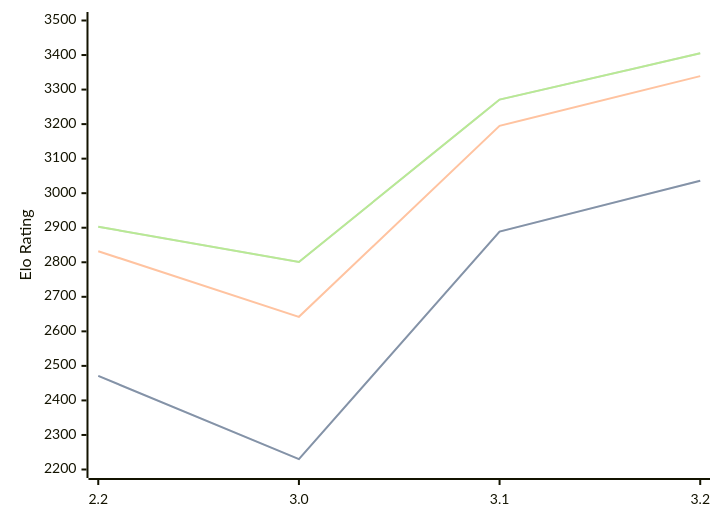
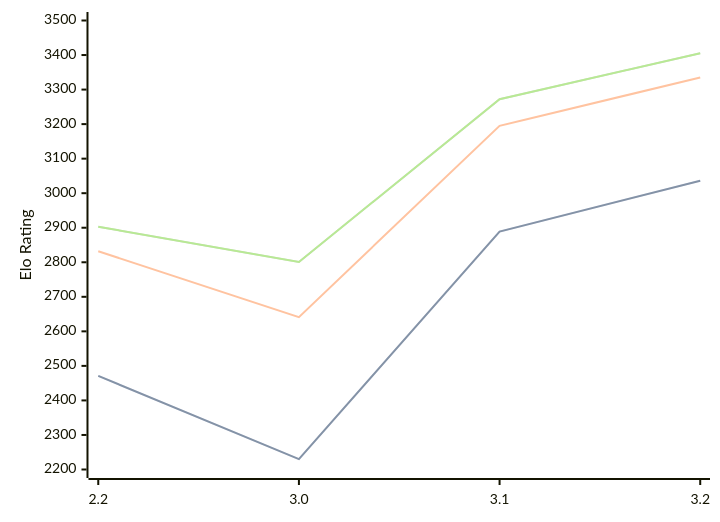
The diagram in engines/Thrawn.md (computer-chess-index/cci), drawn with Mermaid before and after one commit. The commit also changed other lines of this file, not shown here.

Commit message:
Update CCI Ratings (ELO VLTC) - 2026-09-10

````diff
--- a/engines/Thrawn.md
+++ b/engines/Thrawn.md
@@ -34,11 +34,11 @@
 ```mermaid
 %%{init: {"theme":"base","themeVariables":{"seriesColors:['#a3a3a3','#222221','#faa371']}}}%%
 xychart-beta
   x-axis ["2.2", "3.0", "3.1", "3.2"]
   y-axis "Elo Rating" 2200 --> 3500
   line "" [2471, 2230, 2889, 3036]
   line "STC (8.0+0.08s)" [2471, 2230, 2889, 3036]
-  line "LTC (60.0+0.60s)" [2832, 2642, 3195, 3339]
-  line "" [2903, 2801, 3271, 3405]
-  line "VLTC (2m24s+1.12s)" [2903, 2801, 3271, 3405]
+  line "LTC (60.0+0.60s)" [2832, 2641, 3195, 3335]
+  line "" [2903, 2801, 3272, 3405]
+  line "VLTC (2m24s+1.12s)" [2903, 2801, 3272, 3405]
 ```
````
